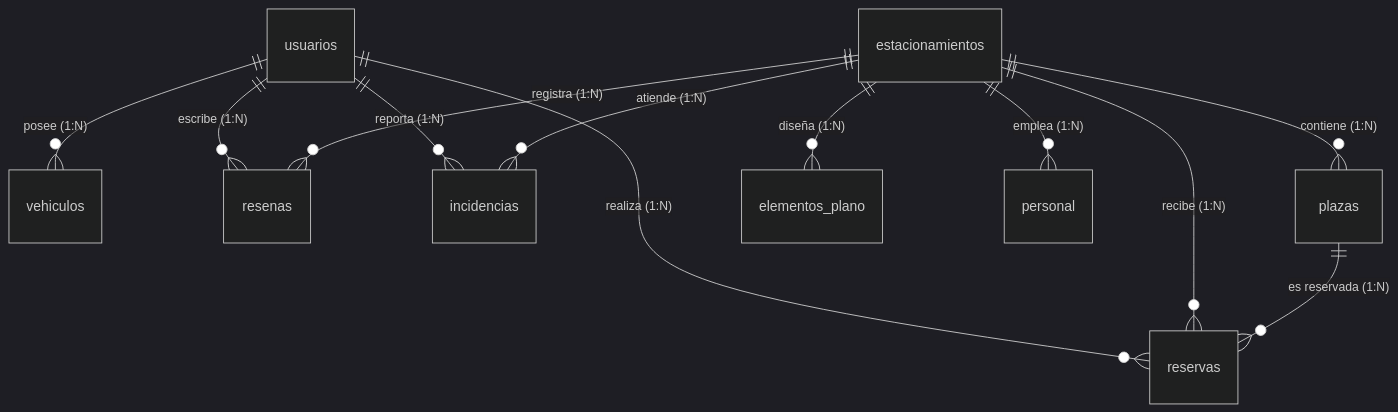
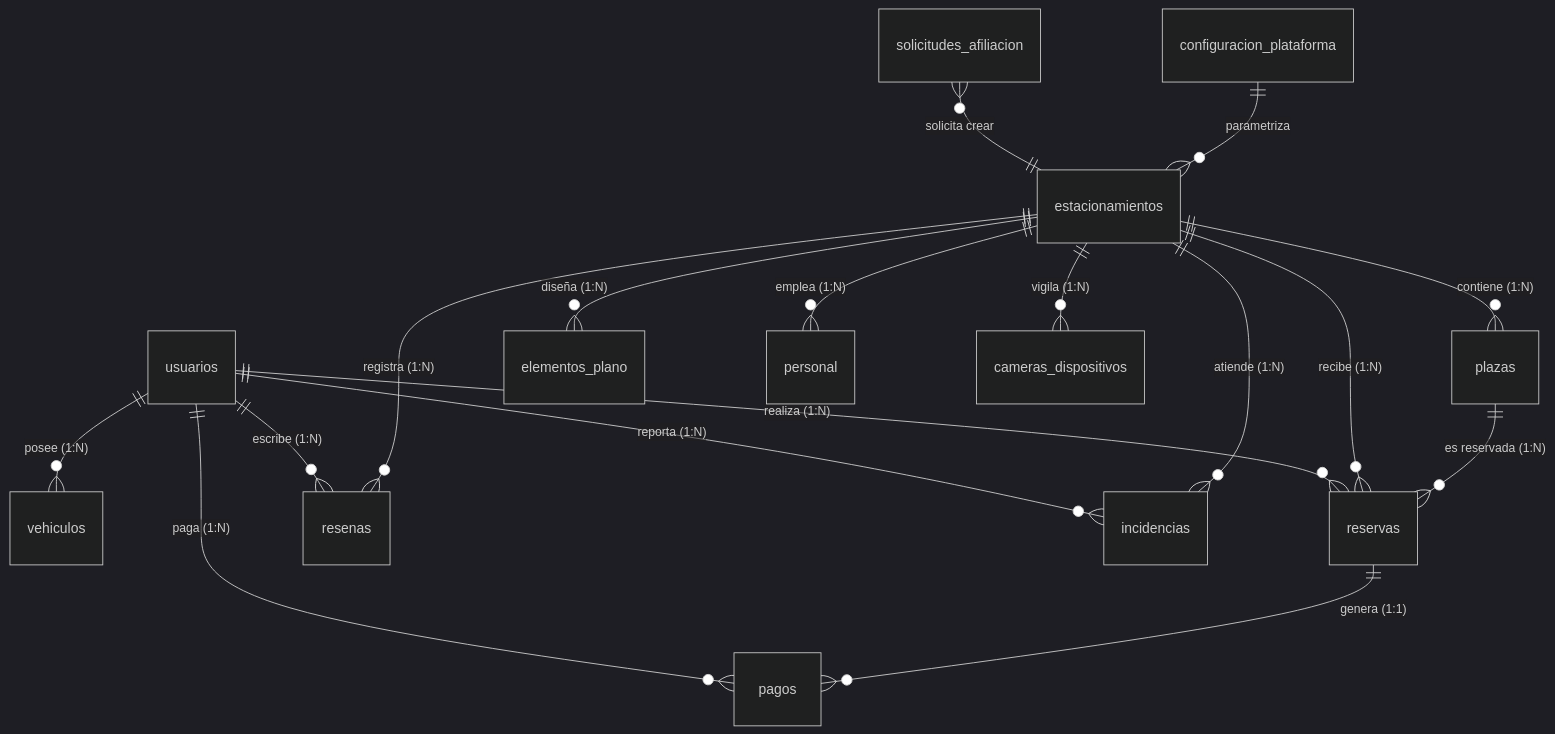
The diagram in docs/DATABASE_SCHEMA.md (khalyddGIT/smart-park), drawn with Mermaid (dark theme) before and after one commit. The commit also changed other lines of this file, not shown here.

Commit message:
docs(db): actualiza esquema a 12 tablas + nuevas columnas y fixes

````diff
--- a/docs/DATABASE_SCHEMA.md
+++ b/docs/DATABASE_SCHEMA.md
@@ -9,16 +11,23 @@
 ```mermaid
 erDiagram
     usuarios ||--o{ vehiculos : "posee (1:N)"
     usuarios ||--o{ reservas : "realiza (1:N)"
     usuarios ||--o{ resenas : "escribe (1:N)"
     usuarios ||--o{ incidencias : "reporta (1:N)"
-    
+    usuarios ||--o{ pagos : "paga (1:N)"
+
     estacionamientos ||--o{ plazas : "contiene (1:N)"
     estacionamientos ||--o{ elementos_plano : "diseña (1:N)"
     estacionamientos ||--o{ reservas : "recibe (1:N)"
     estacionamientos ||--o{ personal : "emplea (1:N)"
     estacionamientos ||--o{ resenas : "registra (1:N)"
     estacionamientos ||--o{ incidencias : "atiende (1:N)"
-    
+    estacionamientos ||--o{ cameras_dispositivos : "vigila (1:N)"
+
     plazas ||--o{ reservas : "es reservada (1:N)"
+    reservas ||--o{ pagos : "genera (1:1)"
+
+    %% Tablas globales sin FK directa
+    solicitudes_afiliacion }o--|| estacionamientos : "solicita crear"
+    configuracion_plataforma ||--o{ estacionamientos : "parametriza"
 ```
````
